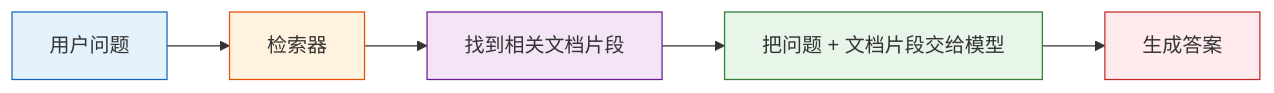
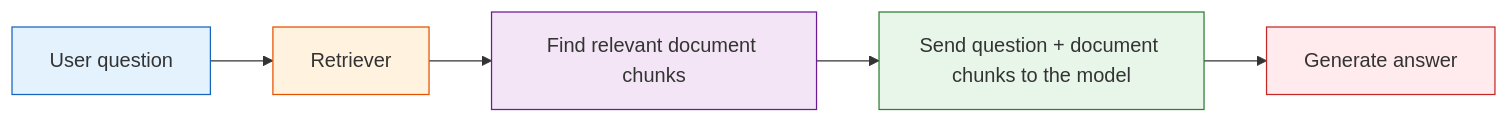
Before and after one commit to oudbiao/AI-fullstack-course: the first of 2 diagrams in docs/ch08-rag/ch01-rag/01-rag-basics.md, drawn with Mermaid. The commit also changed other lines of this file and 1406 other files, not shown here.

````diff
--- a/docs/ch08-rag/ch01-rag/01-rag-basics.md
+++ b/docs/ch08-rag/ch01-rag/01-rag-basics.md
@@ -116,13 +116,13 @@
 ```mermaid
 flowchart LR
-    A["用户问题"] --> B["检索器"]
-    B --> C["找到相关文档片段"]
-    C --> D["把问题 + 文档片段交给模型"]
-    D --> E["生成答案"]
+    A["User question"] --> B["Retriever"]
+    B --> C["Find relevant document chunks"]
+    C --> D["Send question + document chunks to the model"]
+    D --> E["Generate answer"]
 
     style A fill:#e3f2fd,stroke:#1565c0,color:#333
     style B fill:#fff3e0,stroke:#e65100,color:#333
     style C fill:#f3e5f5,stroke:#6a1b9a,color:#333
     style D fill:#e8f5e9,stroke:#2e7d32,color:#333
     style E fill:#ffebee,stroke:#c62828,color:#333
 ```
````
